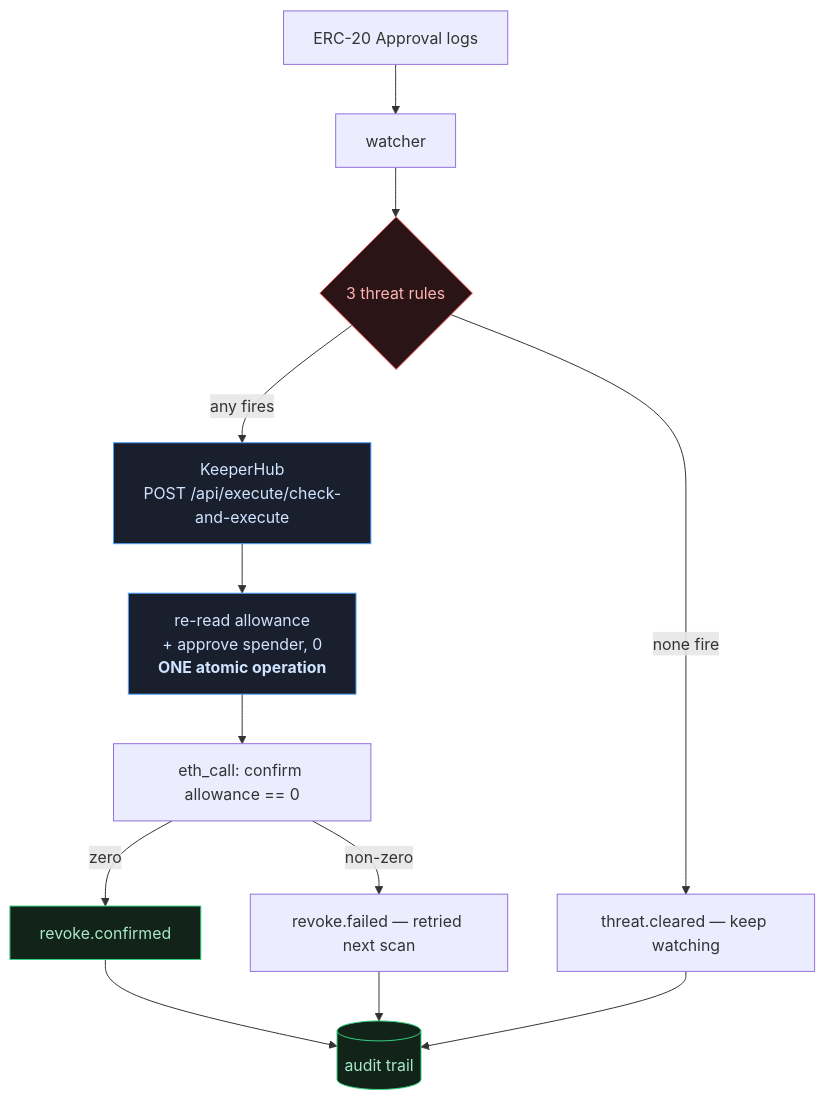
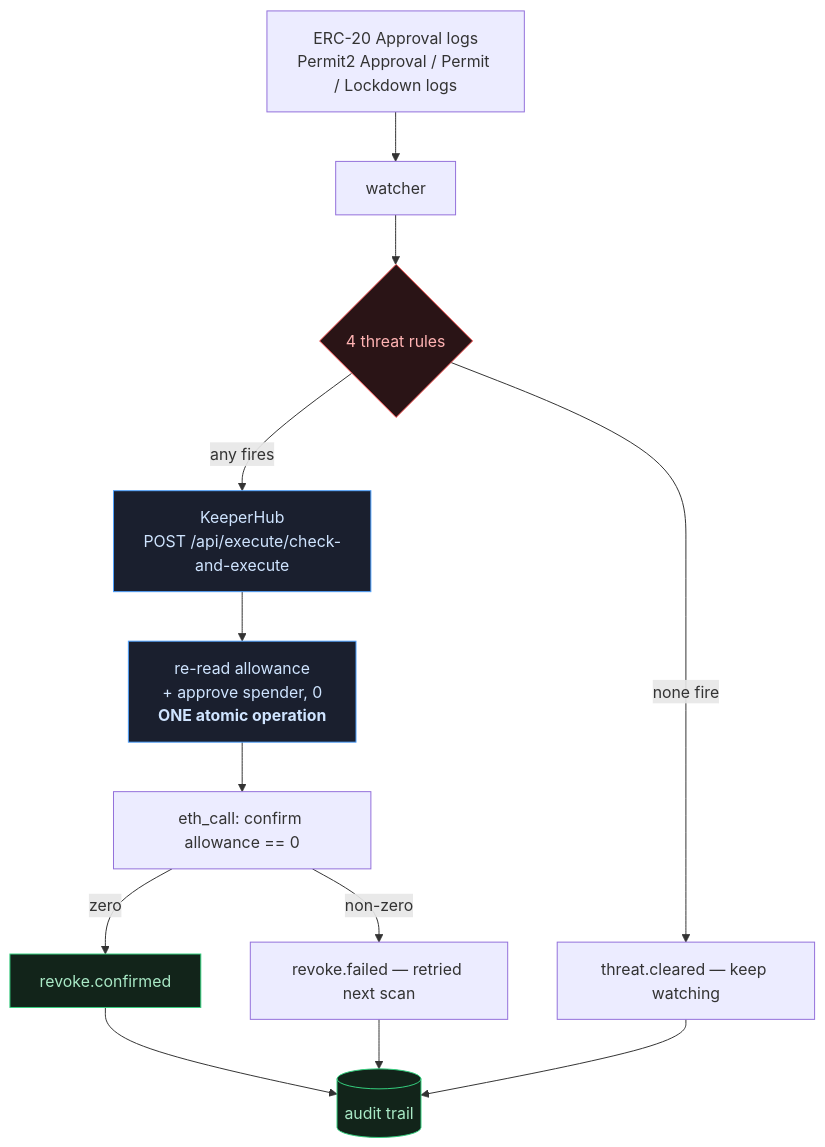
One commit to edycutjong/revoker changed the diagram in README.md. Above: the diagram before and after it, drawn with Mermaid. The commit also changed other lines of this file and 2 other files, not shown here.

````diff
--- a/README.md
+++ b/README.md
@@ -114,21 +124,21 @@
 ```mermaid
 flowchart TD
-    A["ERC-20 Approval logs"] --> B[watcher]
-    B --> C{3 threat rules}
+    A["ERC-20 Approval logs<br/>Permit2 Approval / Permit / Lockdown logs"] --> B[watcher]
+    B --> C{4 threat rules}
     C -->|none fire| D["threat.cleared — keep watching"]
     C -->|any fires| E["KeeperHub<br/>POST /api/execute/check-and-execute"]
     E --> F["re-read allowance<br/>+ approve spender, 0<br/><b>ONE atomic operation</b>"]
     F --> G["eth_call: confirm allowance == 0"]
     G -->|zero| H["revoke.confirmed"]
     G -->|non-zero| I["revoke.failed — retried next scan"]
     H --> J[("audit trail")]
     I --> J
     D --> J
 
     classDef threat fill:#2a1416,stroke:#ff5c5c,color:#ffb3b3
     classDef act fill:#1a1f2e,stroke:#4ea1ff,color:#cfe4ff
     classDef ok fill:#12241a,stroke:#35d07f,color:#a9e9c6
     class C threat
     class E,F act
     class H,J ok
 ```
````
